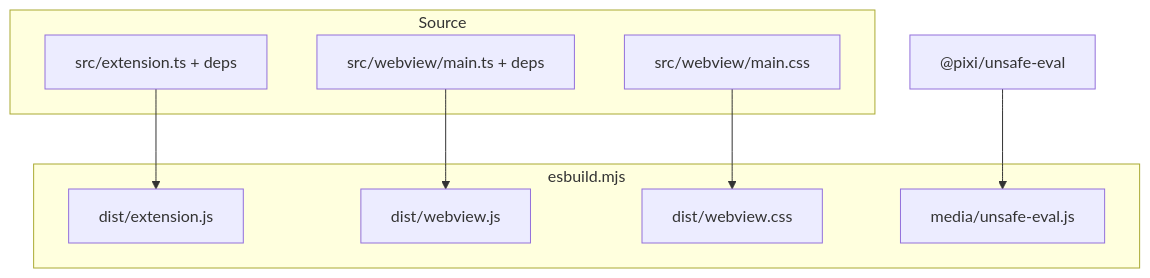
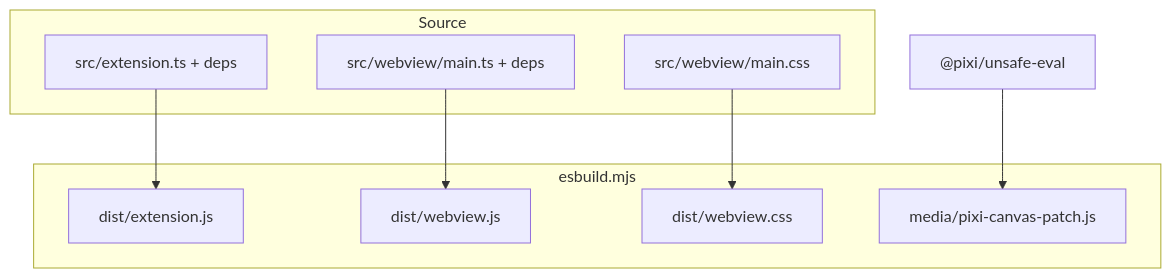
Before and after one commit to saents/spine-inspector: the third of 3 diagrams in README.md, drawn with Mermaid. The commit also changed other lines of this file and 5 other files, not shown here.

````diff
--- a/README.md
+++ b/README.md
@@ -116,20 +116,20 @@
 ```mermaid
 flowchart TB
   subgraph sources [Source]
     TS_EXT[src/extension.ts + deps]
     TS_WV[src/webview/main.ts + deps]
     CSS[src/webview/main.css]
   end
 
   subgraph esbuild [esbuild.mjs]
     B1[dist/extension.js]
     B2[dist/webview.js]
     B3[dist/webview.css]
-    B4[media/unsafe-eval.js]
+    B4[media/pixi-canvas-patch.js]
   end
 
   TS_EXT --> B1
   TS_WV --> B2
   CSS --> B3
   NPM["@pixi/unsafe-eval"] --> B4
 ```
````
